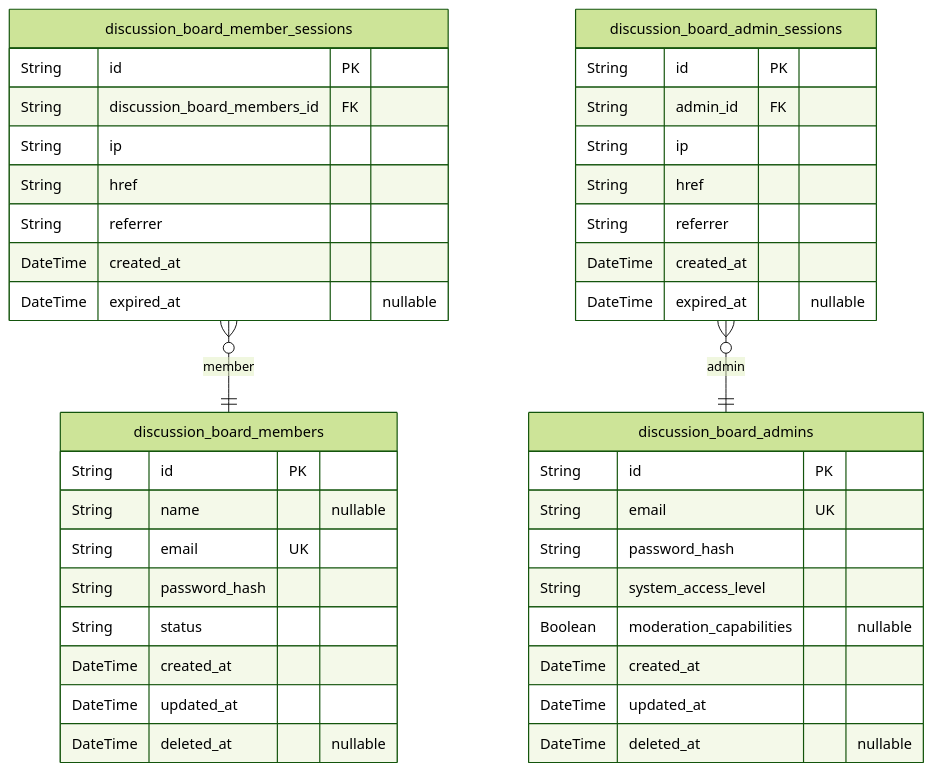
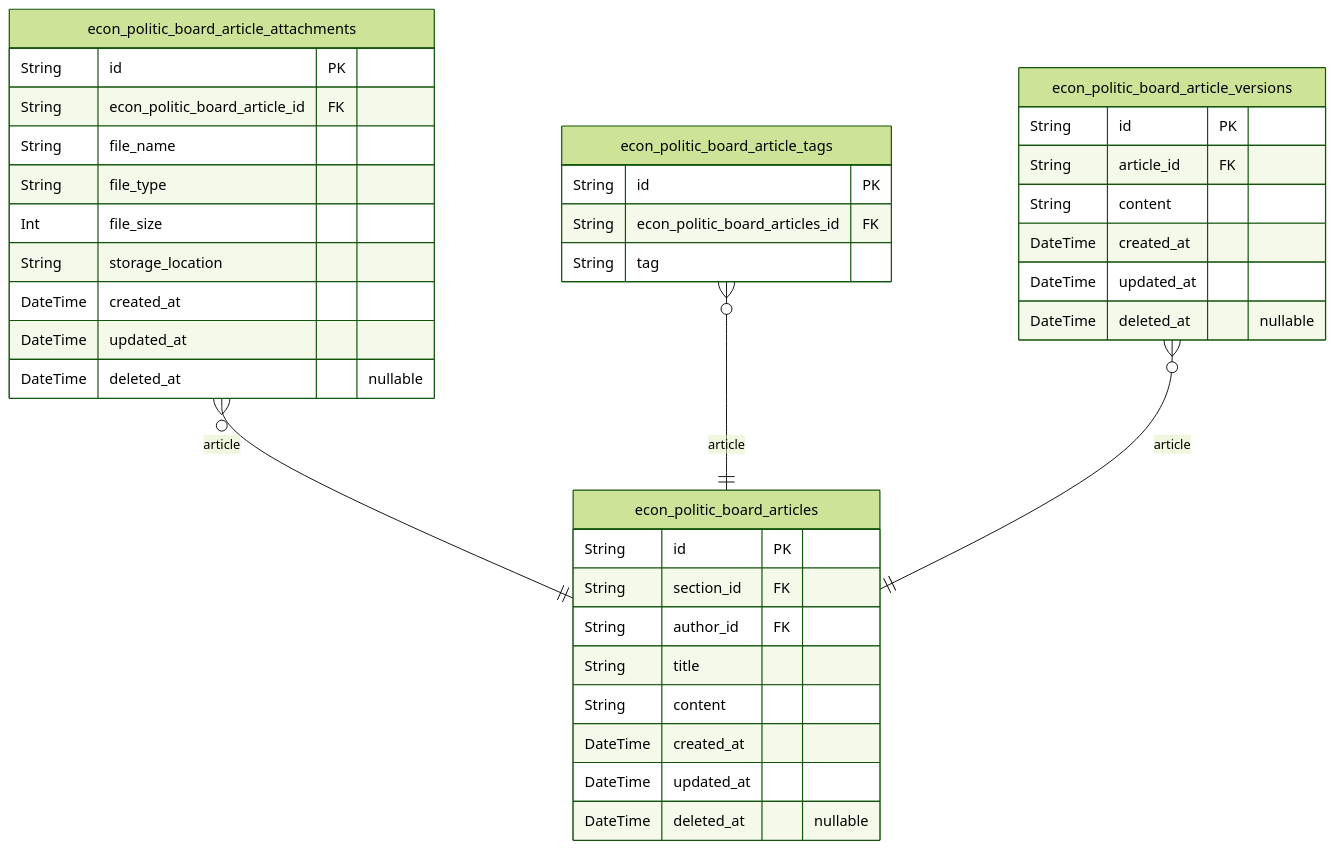
Before and after one commit to wrtnlabs/autobe-examples: the third of 6 diagrams in qwen/qwen3-30b-a3b-thinking-2507/bbs/docs/ERD.md, drawn with Mermaid (forest theme). The commit also changed other lines of this file and 9391 other files, not shown here.

````diff
--- a/qwen/qwen3-30b-a3b-thinking-2507/bbs/docs/ERD.md
+++ b/qwen/qwen3-30b-a3b-thinking-2507/bbs/docs/ERD.md
@@ -97,43 +399,40 @@
 ```mermaid
 erDiagram
-"discussion_board_members" {
+"econ_politic_board_articles" {
   String id PK
-  String name "nullable"
-  String email UK
-  String password_hash
-  String status
+  String section_id FK
+  String author_id FK
+  String title
+  String content
   DateTime created_at
   DateTime updated_at
   DateTime deleted_at "nullable"
 }
-"discussion_board_admins" {
+"econ_politic_board_article_attachments" {
   String id PK
-  String email UK
-  String password_hash
-  String system_access_level
-  Boolean moderation_capabilities "nullable"
+  String econ_politic_board_article_id FK
+  String file_name
+  String file_type
+  Int file_size
+  String storage_location
   DateTime created_at
   DateTime updated_at
   DateTime deleted_at "nullable"
 }
-"discussion_board_member_sessions" {
+"econ_politic_board_article_tags" {
   String id PK
-  String discussion_board_members_id FK
-  String ip
-  String href
-  String referrer
+  String econ_politic_board_articles_id FK
+  String tag
+}
+"econ_politic_board_article_versions" {
+  String id PK
+  String article_id FK
+  String content
   DateTime created_at
-  DateTime expired_at "nullable"
+  DateTime updated_at
+  DateTime deleted_at "nullable"
 }
-"discussion_board_admin_sessions" {
-  String id PK
-  String admin_id FK
-  String ip
-  String href
-  String referrer
-  DateTime created_at
-  DateTime expired_at "nullable"
-}
-"discussion_board_member_sessions" }o--|| "discussion_board_members" : member
-"discussion_board_admin_sessions" }o--|| "discussion_board_admins" : admin
+"econ_politic_board_article_attachments" }o--|| "econ_politic_board_articles" : article
+"econ_politic_board_article_tags" }o--|| "econ_politic_board_articles" : article
+"econ_politic_board_article_versions" }o--|| "econ_politic_board_articles" : article
 ```
````
